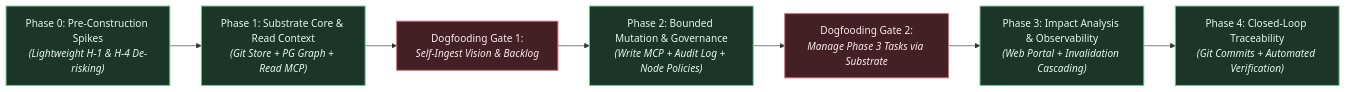
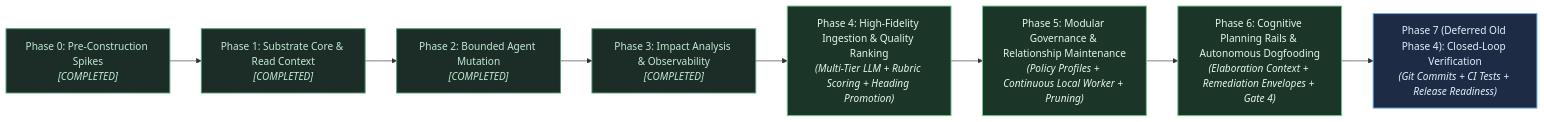
The first of 3 diagrams in docs/vision/strategic-planning-backlog.md (Shapedsundew9/tks), drawn with Mermaid before and after one commit. The commit also changed other lines of this file and 11 other files, not shown here.

````diff
--- a/docs/vision/strategic-planning-backlog.md
+++ b/docs/vision/strategic-planning-backlog.md
@@ -61,44 +45,47 @@
 ```mermaid
 %%{init: {
   'theme': 'base',
   'themeVariables': {
     'darkMode': true,
     'background': '#161922',
     'mainBkg': '#1e2230',
     'nodeBorder': '#434c5e',
     'textColor': '#e2e8f0',
     'fontFamily': 'ui-sans-serif, system-ui, -apple-system, BlinkMacSystemFont, "Segoe UI", Roboto, "Helvetica Neue", Arial, sans-serif',
     'fontSize': '14px',
     'lineColor': '#8892b0',
     'primaryColor': '#422026',
     'primaryTextColor': '#fde8ec',
     'primaryBorderColor': '#e06c75',
     'secondaryColor': '#1b3528',
     'secondaryTextColor': '#e6f7ee',
     'secondaryBorderColor': '#73c991',
     'tertiaryColor': '#1d2c44',
     'tertiaryTextColor': '#e4f0fc',
     'tertiaryBorderColor': '#61afef',
     'clusterBkg': '#13161f',
     'clusterBorder': '#373e51',
     'noteBkgColor': '#2e271a',
     'noteTextColor': '#fdf4db',
     'noteBorderColor': '#e5c07b',
     'edgeLabelBackground': '#1a1d27'
   }
 }}%%
 flowchart LR
     classDef primary fill:#422026,stroke:#e06c75,stroke-width:1.5px,color:#fde8ec;
     classDef secondary fill:#1b3528,stroke:#73c991,stroke-width:1.5px,color:#e6f7ee;
     classDef tertiary fill:#1d2c44,stroke:#61afef,stroke-width:1.5px,color:#e4f0fc;
+    classDef completed fill:#1c2d27,stroke:#529b71,stroke-width:1.5px,color:#c2ebd4;
 
-    P0["Phase 0: Pre-Construction Spikes<br/><i>(Lightweight H-1 & H-4 De-risking)</i>"]:::secondary
-    P1["Phase 1: Substrate Core & Read Context<br/><i>(Git Store + PG Graph + Read MCP)</i>"]:::secondary
-    G1["Dogfooding Gate 1:<br/><i>Self-Ingest Vision & Backlog</i>"]:::primary
-    P2["Phase 2: Bounded Mutation & Governance<br/><i>(Write MCP + Audit Log + Node Policies)</i>"]:::secondary
-    G2["Dogfooding Gate 2:<br/><i>Manage Phase 3 Tasks via Substrate</i>"]:::primary
-    P3["Phase 3: Impact Analysis & Observability<br/><i>(Web Portal + Invalidation Cascading)</i>"]:::secondary
-    P4["Phase 4: Closed-Loop Traceability<br/><i>(Git Commits + Automated Verification)</i>"]:::secondary
+    P0["Phase 0: Pre-Construction Spikes<br/><i>[COMPLETED]</i>"]:::completed
+    P1["Phase 1: Substrate Core & Read Context<br/><i>[COMPLETED]</i>"]:::completed
+    P2["Phase 2: Bounded Agent Mutation<br/><i>[COMPLETED]</i>"]:::completed
+    P3["Phase 3: Impact Analysis & Observability<br/><i>[COMPLETED]</i>"]:::completed
 
-    P0 --> P1 --> G1 --> P2 --> G2 --> P3 --> P4
+    P4["Phase 4: High-Fidelity Ingestion & Quality Ranking<br/><i>(Multi-Tier LLM + Rubric Scoring + Heading Promotion)</i>"]:::secondary
+    P5["Phase 5: Modular Governance & Relationship Maintenance<br/><i>(Policy Profiles + Continuous Local Worker + Pruning)</i>"]:::secondary
+    P6["Phase 6: Cognitive Planning Rails & Autonomous Dogfooding<br/><i>(Elaboration Context + Remediation Envelopes + Gate 4)</i>"]:::secondary
+    P7["Phase 7 (Deferred Old Phase 4): Closed-Loop Verification<br/><i>(Git Commits + CI Tests + Release Readiness)</i>"]:::tertiary
+
+    P0 --> P1 --> P2 --> P3 --> P4 --> P5 --> P6 --> P7
 ```
````
